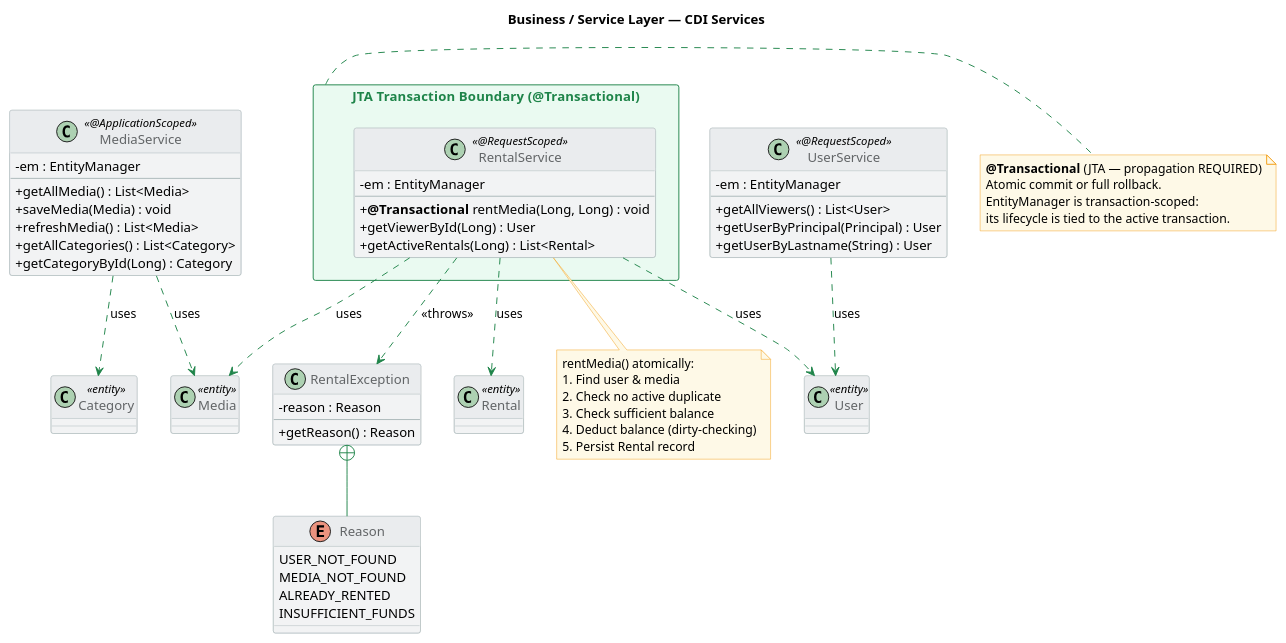
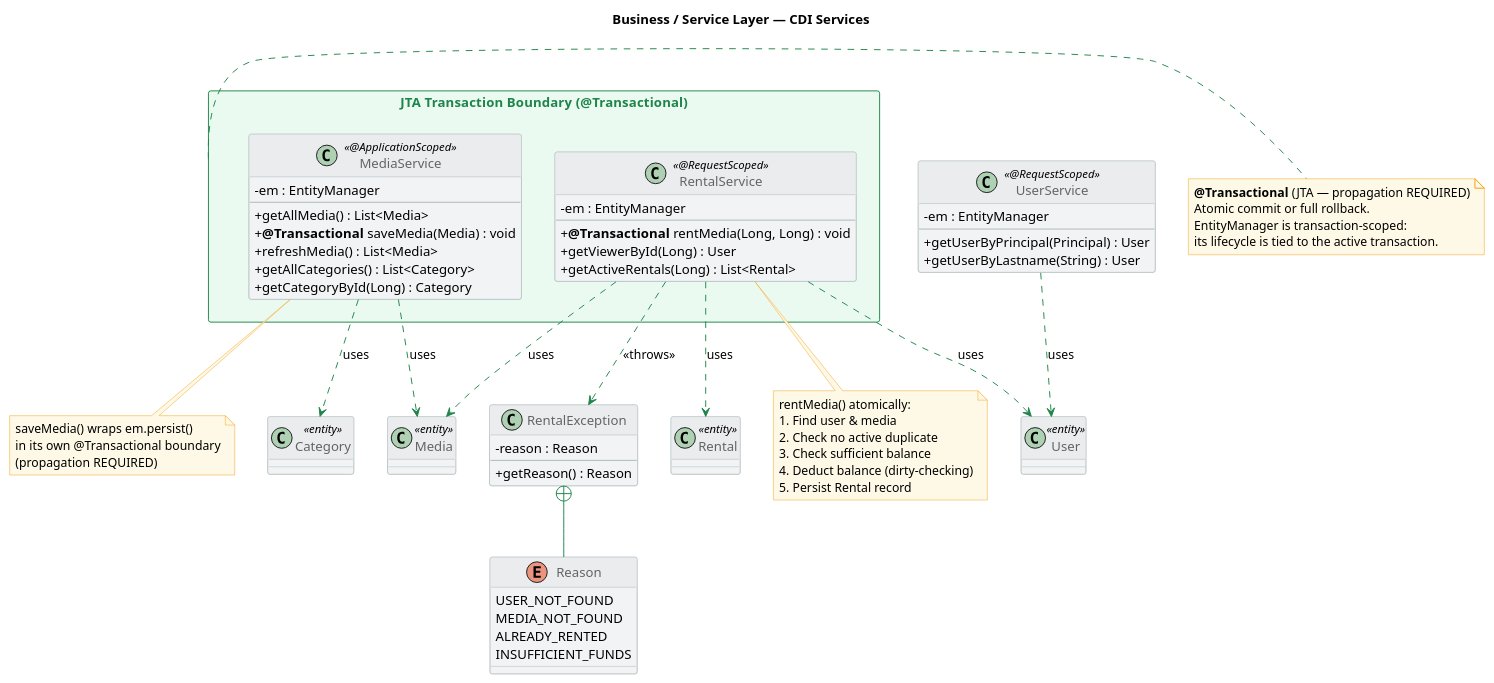
One commit to bearinthemountain/ImplementingServices changed the diagram in UML/layer-business.puml. Above: the diagram before and after it, drawn with PlantUML. The commit also changed 6 other files, not shown here.

Commit message:
refactor(presentation): update RentalBean to use UserService for auth

```diff
--- a/UML/layer-business.puml
+++ b/UML/layer-business.puml
@@ -1,114 +1,119 @@
 @startuml layer-business
 skinparam classAttributeIconSize 0
 skinparam class {
   BackgroundColor White
   BorderColor #1E8449
   HeaderBackgroundColor #D5F5E3
   FontName Arial
 }
 skinparam arrow {
   Color #1E8449
 }
 skinparam note {
   BackgroundColor #FEF9E7
   BorderColor #F39C12
 }
 skinparam rectangle {
   BackgroundColor #EAFAF1
   BorderColor #1E8449
   FontColor #1E8449
 }
 
 title Business / Service Layer — CDI Services
 
 ' ══════════════════════════════════════════
 '  SERVICE LAYER (main layer)
 ' ══════════════════════════════════════════
-class MediaService <<@ApplicationScoped>> {
-  - em : EntityManager
-  --
-  + getAllMedia() : List<Media>
-  + saveMedia(Media) : void
-  + refreshMedia() : List<Media>
-  + getAllCategories() : List<Category>
-  + getCategoryById(Long) : Category
-}
+rectangle "JTA Transaction Boundary  (@Transactional)" as TX {
 
-rectangle "JTA Transaction Boundary  (@Transactional)" as TX {
+  class MediaService <<@ApplicationScoped>> {
+    - em : EntityManager
+    --
+    + getAllMedia() : List<Media>
+    + {method} <b>@Transactional</b> saveMedia(Media) : void
+    + refreshMedia() : List<Media>
+    + getAllCategories() : List<Category>
+    + getCategoryById(Long) : Category
+  }
 
   class RentalService <<@RequestScoped>> {
     - em : EntityManager
     --
     + {method} <b>@Transactional</b> rentMedia(Long, Long) : void
     + getViewerById(Long) : User
     + getActiveRentals(Long) : List<Rental>
   }
 
 }
 
 class UserService <<@RequestScoped>> {
   - em : EntityManager
   --
-  + getAllViewers() : List<User>
   + getUserByPrincipal(Principal) : User
   + getUserByLastname(String) : User
 }
 
 class RentalException {
   - reason : Reason
   --
   + getReason() : Reason
 }
 
 enum Reason {
   USER_NOT_FOUND
   MEDIA_NOT_FOUND
   ALREADY_RENTED
   INSUFFICIENT_FUNDS
 }
 
 RentalException +-- Reason
 RentalService   ..> RentalException : <<throws>>
 
 ' ══════════════════════════════════════════
 '  ENTITY LAYER (external — simplified)
 ' ══════════════════════════════════════════
 skinparam class {
   BackgroundColor #F2F3F4
   BorderColor #AAB7B8
   HeaderBackgroundColor #EAECEE
   FontColor #626567
 }
 
 class Media    <<entity>>
 class Category <<entity>>
 class User     <<entity>>
 class Rental   <<entity>>
 
 ' ══════════════════════════════════════════
 '  Usage arrows (service → entity)
 ' ══════════════════════════════════════════
 MediaService  ..> Media    : uses
 MediaService  ..> Category : uses
 RentalService ..> User     : uses
 RentalService ..> Media    : uses
 RentalService ..> Rental   : uses
 UserService   ..> User     : uses
 
 note right of TX
   <b>@Transactional</b> (JTA — propagation REQUIRED)
   Atomic commit or full rollback.
   EntityManager is transaction-scoped:
   its lifecycle is tied to the active transaction.
 end note
 
 note bottom of RentalService
   rentMedia() atomically:
   1. Find user & media
   2. Check no active duplicate
   3. Check sufficient balance
   4. Deduct balance (dirty-checking)
   5. Persist Rental record
 end note
 
+note bottom of MediaService
+  saveMedia() wraps em.persist()
+  in its own @Transactional boundary
+  (propagation REQUIRED)
+end note
+
 @enduml
```
